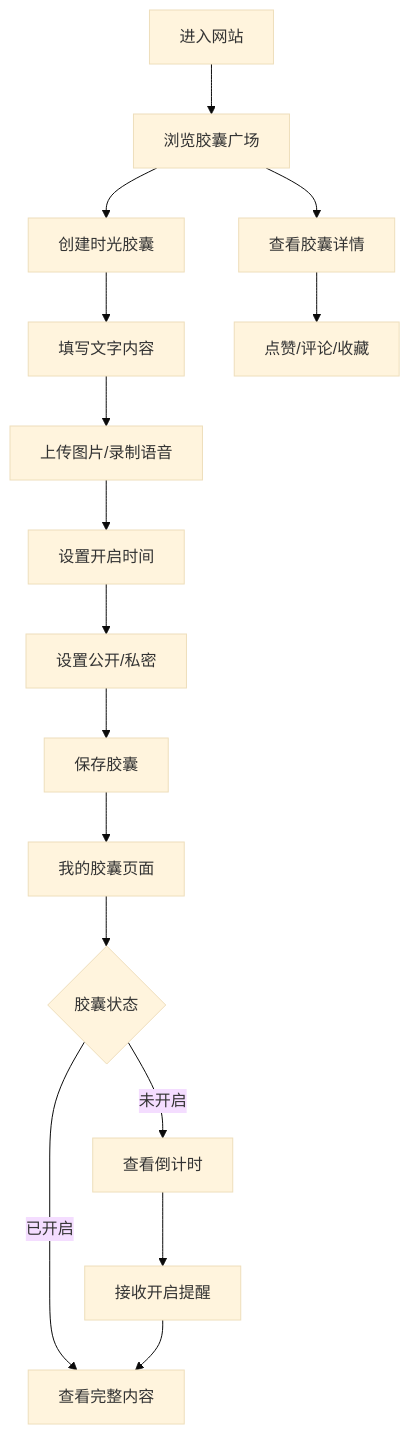
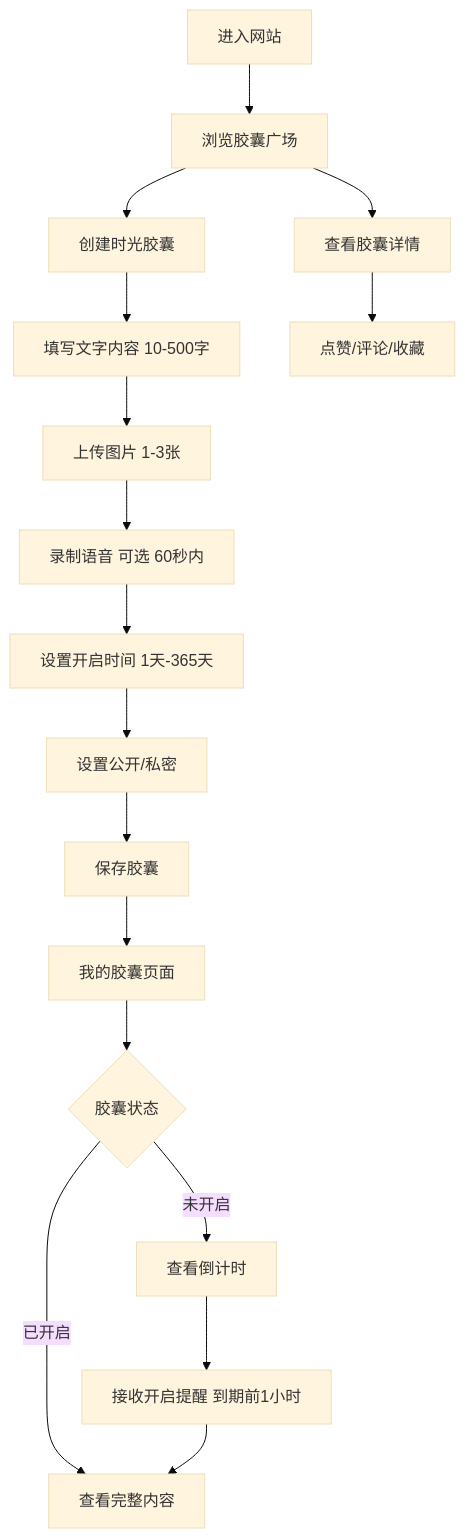
Before and after one commit to Jialearthur/Campus-fun-time-capsule: the diagram in .trae/documents/prd.md, drawn with Mermaid (base theme). The commit also changed other lines of this file and 6 other files, not shown here.

````diff
--- a/.trae/documents/prd.md
+++ b/.trae/documents/prd.md
@@ -49,18 +61,19 @@
 ```mermaid
 flowchart TD
     A[进入网站] --> B[浏览胶囊广场]
     B --> C[创建时光胶囊]
-    C --> D[填写文字内容]
-    D --> E[上传图片/录制语音]
-    E --> F[设置开启时间]
-    F --> G[设置公开/私密]
-    G --> H[保存胶囊]
-    H --> I[我的胶囊页面]
-    I --> J{胶囊状态}
-    J -->|未开启| K[查看倒计时]
-    J -->|已开启| L[查看完整内容]
-    K --> M[接收开启提醒]
-    M --> L
-    B --> N[查看胶囊详情]
-    N --> O[点赞/评论/收藏]
+    C --> D[填写文字内容 10-500字]
+    D --> E[上传图片 1-3张]
+    E --> F[录制语音 可选 60秒内]
+    F --> G[设置开启时间 1天-365天]
+    G --> H[设置公开/私密]
+    H --> I[保存胶囊]
+    I --> J[我的胶囊页面]
+    J --> K{胶囊状态}
+    K -->|未开启| L[查看倒计时]
+    K -->|已开启| M[查看完整内容]
+    L --> N[接收开启提醒 到期前1小时]
+    N --> M
+    B --> O[查看胶囊详情]
+    O --> P[点赞/评论/收藏]
 ```
````
